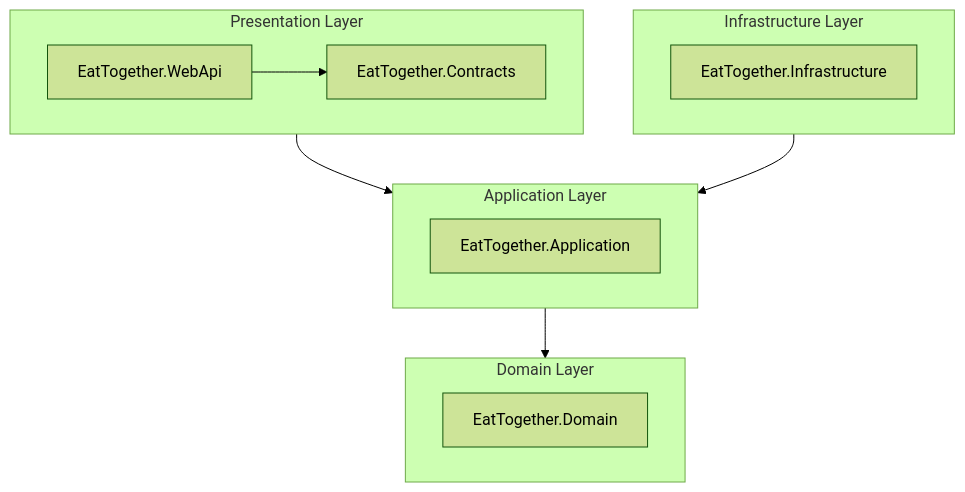
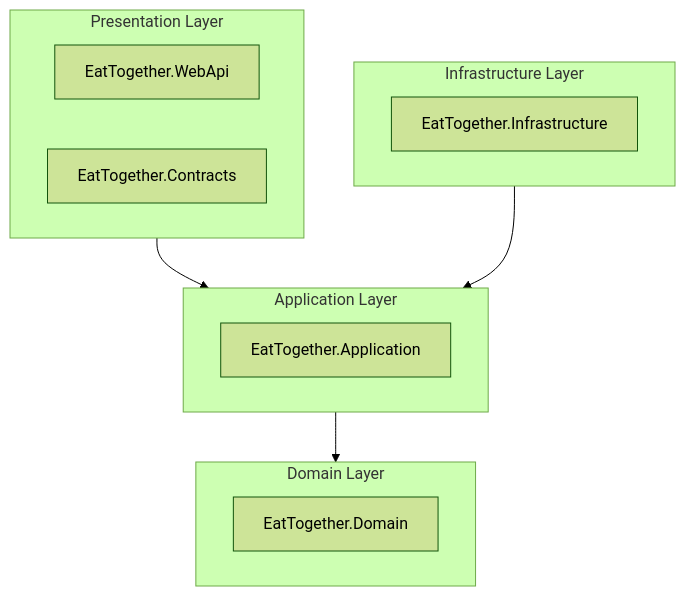
Before and after one commit to kacperwyczawski/eat-together: the diagram in README.md, drawn with Mermaid (forest theme).

Commit message:
Simplify diagram

````diff
--- a/README.md
+++ b/README.md
@@ -28,23 +28,24 @@
 ```mermaid
 flowchart TD
 
     subgraph Presentation[Presentation Layer]
-        EatTogether.WebApi --> EatTogether.Contracts
+        EatTogether.WebApi
+        EatTogether.Contracts
     end
 
     subgraph Infrastructure[Infrastructure Layer]
         EatTogether.Infrastructure
     end
 
     subgraph Application[Application Layer]
         EatTogether.Application
     end
 
     subgraph Domain[Domain Layer]
         EatTogether.Domain
     end
 
     Presentation --> Application
     Infrastructure --> Application
     Application --> Domain
 ```
````
